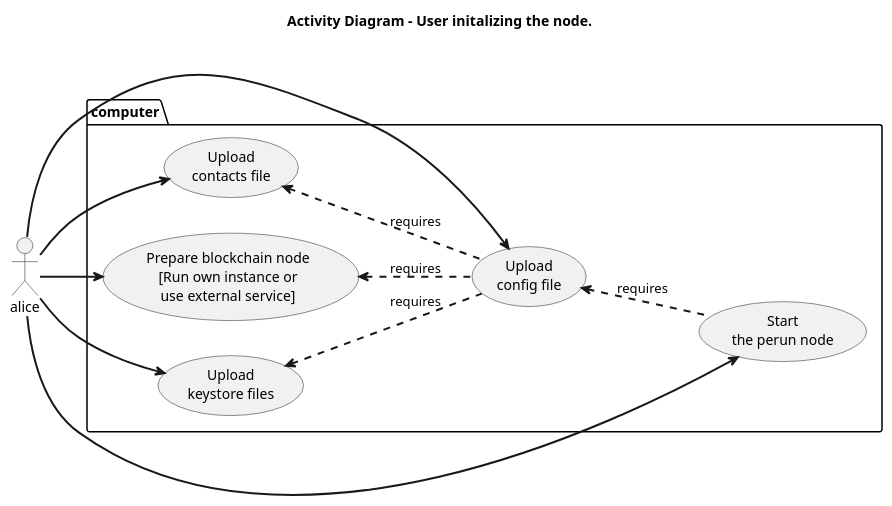
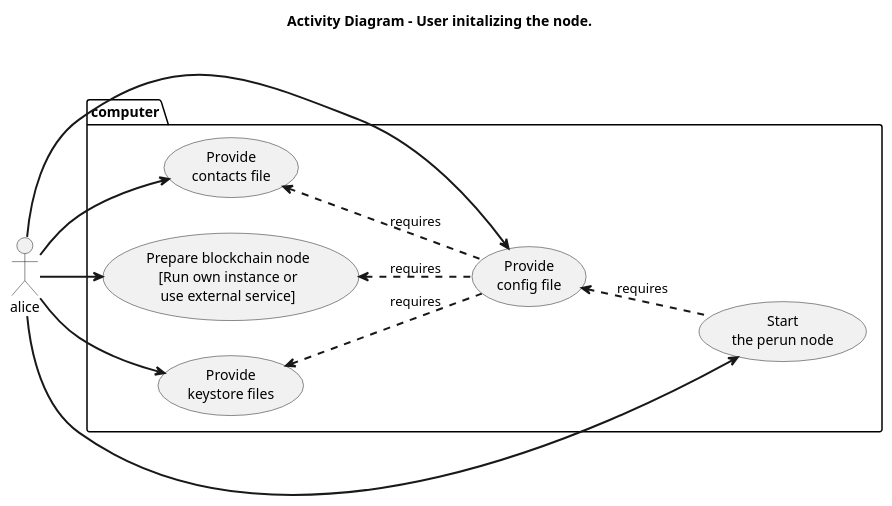
The diagram in source/images/node_design/act_node_init.plantuml (manoranjith/dst-doc), drawn with PlantUML before and after one commit.

Commit message:
Upload -> Provide in activity diagram

```diff
--- a/source/images/node_design/act_node_init.plantuml
+++ b/source/images/node_design/act_node_init.plantuml
@@ -1,37 +1,37 @@
 @startuml act_node_init
 Title Activity Diagram - User initalizing the node.
 
 skinparam sequence {
     messageAlign center
     ArrowThickness 2
     BoxBorderColor Sienna
     BoxBackgroundColor SeaShell
     GroupBodyBackgroundColor transparent
     NoteTextAlignment center
     DefaultTextAlignment center
 }
 
 actor alice
 
 left to right direction
 
 package computer {
     (Prepare blockchain node\n[Run own instance or\nuse external service]) as prep_bc
-    (Upload\ncontacts file) as prov_cont
-    (Upload\nkeystore files) as prov_ks
-    (Upload\nconfig file) as prov_cnf
+    (Provide\ncontacts file) as prov_cont
+    (Provide\nkeystore files) as prov_ks
+    (Provide\nconfig file) as prov_cnf
     (Start\nthe perun node) as start_perun
 }
 
 prov_cnf .up.> prep_bc: requires
 prov_cnf .up.> prov_cont: requires
 prov_cnf .up.> prov_ks: requires
 start_perun .up.> prov_cnf: requires
 
 alice -right-> prep_bc
 alice -down-> prov_cont
 alice -down-> prov_cnf
 alice -down-> prov_ks
 alice -right-> start_perun
 
 @enduml
```
